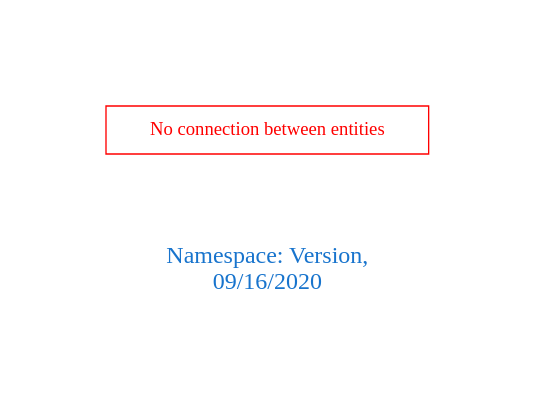
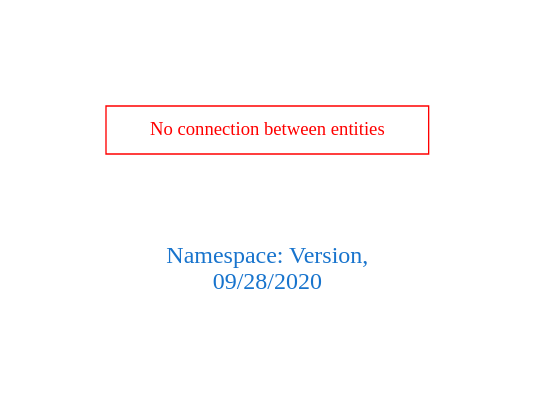
The diagram in downloads/Version.dot (arago/OGIT), drawn with Graphviz before and after one commit. The commit also changed 1836 other files, not shown here.

```diff
--- a/downloads/Version.dot
+++ b/downloads/Version.dot
@@ -1,9 +1,9 @@
 digraph OGIT_ontology {
  graph [ rankdir= LR,pad=1 
 fontsize = 18,
-fontcolor= dodgerblue3,label = "\n\n\nNamespace: Version, \n 09/16/2020"];
+fontcolor= dodgerblue3,label = "\n\n\nNamespace: Version, \n 09/28/2020"];
 node[shape=polygon];
 edge [  color="gray81"];
 
 "No connection between entities" [fontcolor = "red",color="red", shape="polygon"]
 }
```
